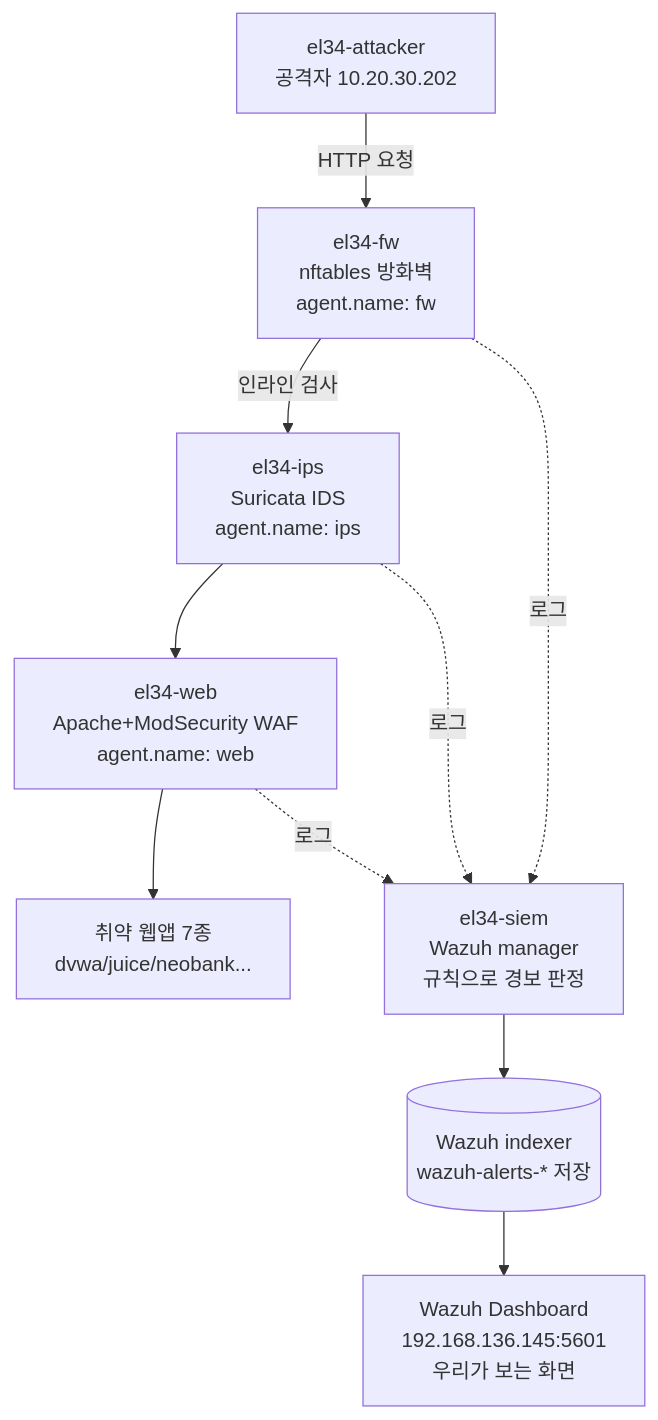
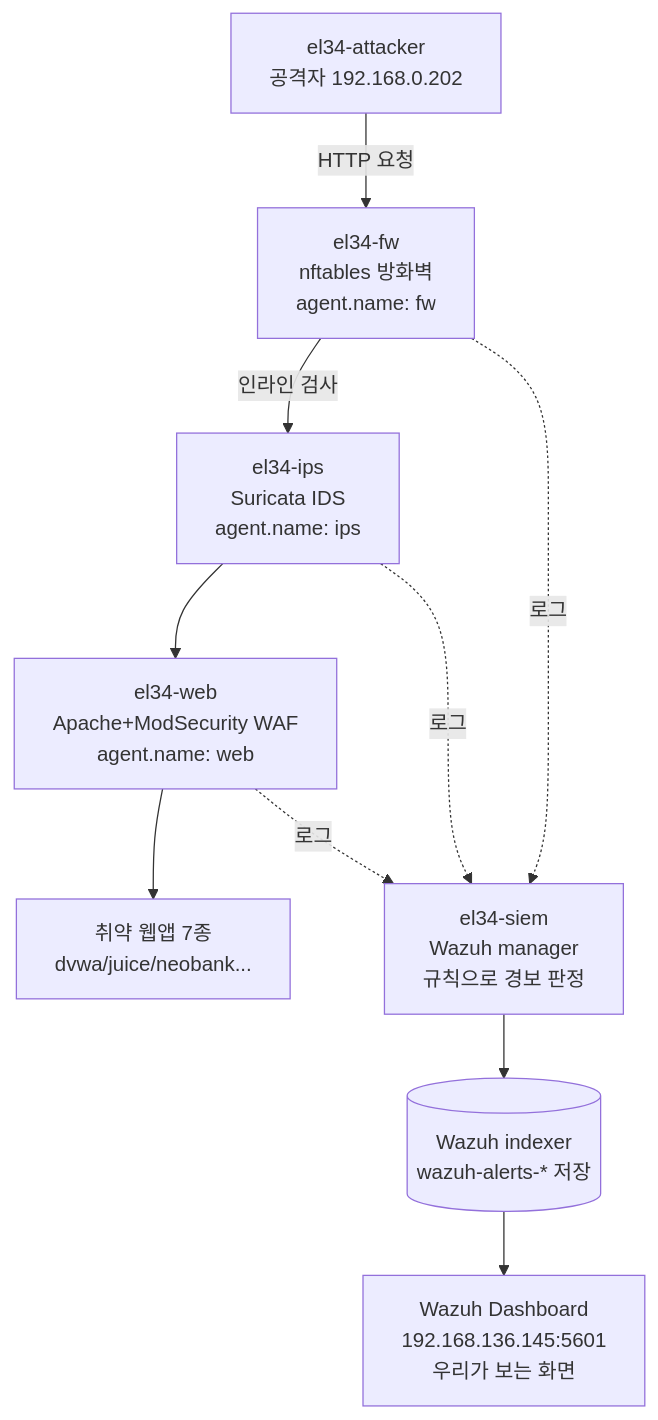
One commit to mrgrit/tw2 changed the diagram in contents/training/wazuh-special/lecture_week01.md. Above: the diagram before and after it, drawn with Mermaid. The commit also changed other lines of this file and 3 other files, not shown here.

````diff
--- a/contents/training/wazuh-special/lecture_week01.md
+++ b/contents/training/wazuh-special/lecture_week01.md
@@ -72,13 +72,13 @@
 ```mermaid
 graph TD
-  ATK[el34-attacker<br/>공격자 10.20.30.202] -->|HTTP 요청| FW[el34-fw<br/>nftables 방화벽<br/>agent.name: fw]
+  ATK[el34-attacker<br/>공격자 192.168.0.202] -->|HTTP 요청| FW[el34-fw<br/>nftables 방화벽<br/>agent.name: fw]
   FW -->|인라인 검사| IPS[el34-ips<br/>Suricata IDS<br/>agent.name: ips]
   IPS --> WEB[el34-web<br/>Apache+ModSecurity WAF<br/>agent.name: web]
   WEB --> APP[취약 웹앱 7종<br/>dvwa/juice/neobank...]
 
   FW -.로그.-> MGR[el34-siem<br/>Wazuh manager<br/>규칙으로 경보 판정]
   IPS -.로그.-> MGR
   WEB -.로그.-> MGR
   MGR --> IDX[(Wazuh indexer<br/>wazuh-alerts-* 저장)]
   IDX --> DASH[Wazuh Dashboard<br/>192.168.136.145:5601<br/>우리가 보는 화면]
 ```
````
